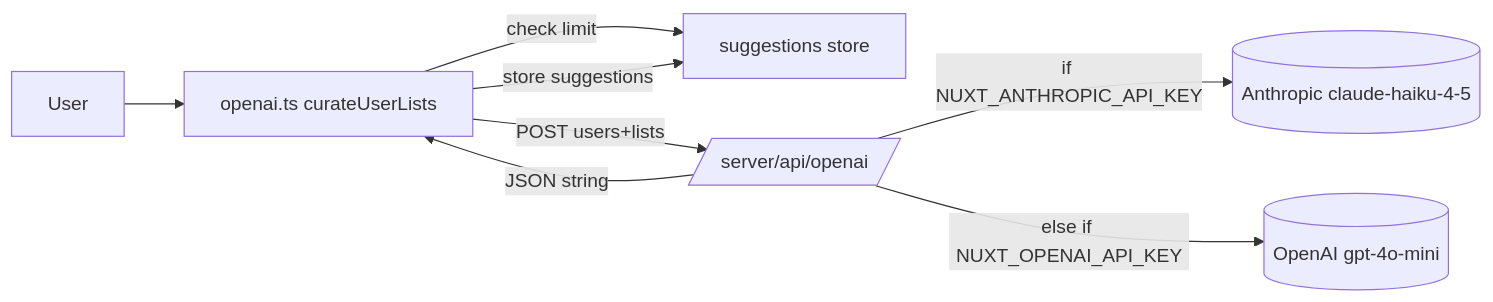
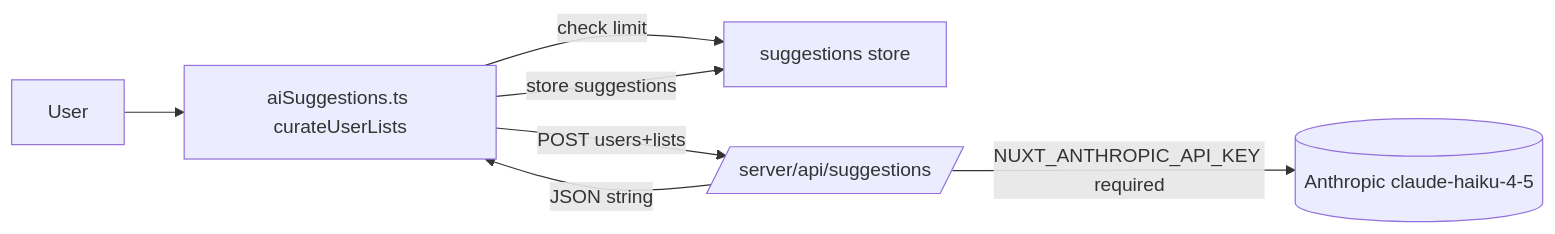
The second of 2 diagrams in docs/ARCHITECTURE.md (samuellealb/bluelist), drawn with Mermaid before and after one commit. The commit also changed other lines of this file and 15 other files, not shown here.

````diff
--- a/docs/ARCHITECTURE.md
+++ b/docs/ARCHITECTURE.md
@@ -163,10 +163,9 @@
 ```mermaid
 flowchart LR
-    U[User] --> CL[openai.ts curateUserLists]
+    U[User] --> CL[aiSuggestions.ts curateUserLists]
     CL -->|check limit| SG[suggestions store]
-    CL -->|POST users+lists| API[/server/api/openai/]
-    API -->|if NUXT_ANTHROPIC_API_KEY| ANT[(Anthropic claude-haiku-4-5)]
-    API -->|else if NUXT_OPENAI_API_KEY| OAI[(OpenAI gpt-4o-mini)]
+    CL -->|POST users+lists| API[/server/api/suggestions/]
+    API -->|NUXT_ANTHROPIC_API_KEY required| ANT[(Anthropic claude-haiku-4-5)]
     API -->|JSON string| CL
     CL -->|store suggestions| SG
 ```
````
